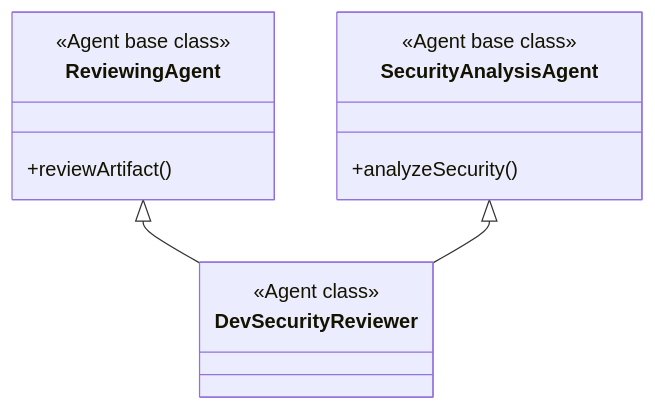
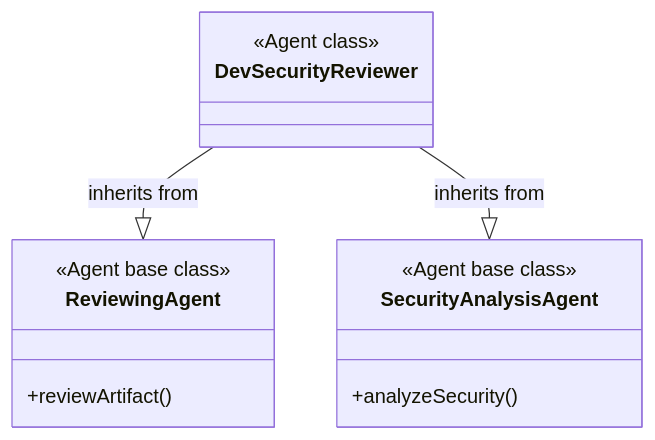
One commit to martinbechard/dev-methodology changed diagram 12 of 12 in design/object-oriented-agent-and-skill-model.md. Above: the diagram before and after it, drawn with Mermaid. The commit also changed other lines of this file and 2 other files, not shown here.

Commit message:
Define diagram relationship notation

````diff
--- a/design/object-oriented-agent-and-skill-model.md
+++ b/design/object-oriented-agent-and-skill-model.md
@@ -565,21 +663,21 @@
 ```mermaid
 classDiagram
     direction TB
 
     class ReviewingAgent {
         <<Agent base class>>
         +reviewArtifact()
     }
 
     class SecurityAnalysisAgent {
         <<Agent base class>>
         +analyzeSecurity()
     }
 
     class DevSecurityReviewer {
         <<Agent class>>
     }
 
-    ReviewingAgent <|-- DevSecurityReviewer
-    SecurityAnalysisAgent <|-- DevSecurityReviewer
+    DevSecurityReviewer --|> ReviewingAgent : inherits from
+    DevSecurityReviewer --|> SecurityAnalysisAgent : inherits from
 ```
````
